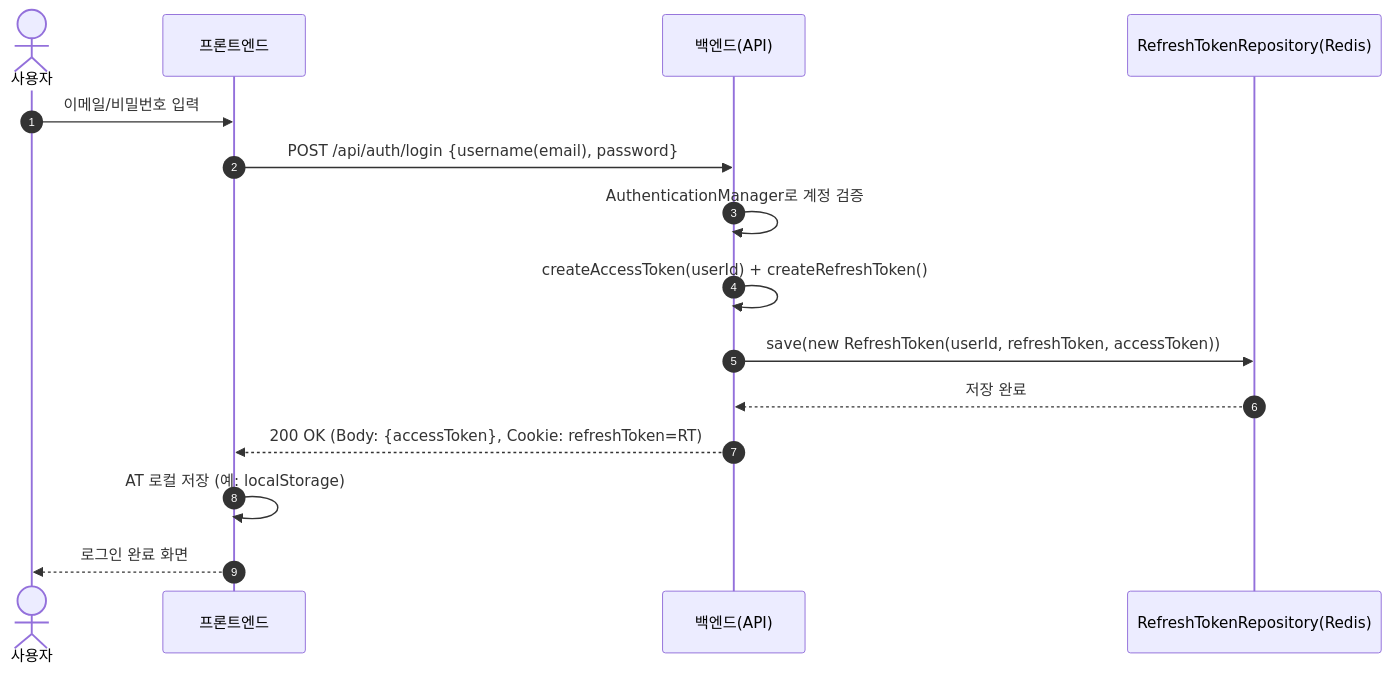
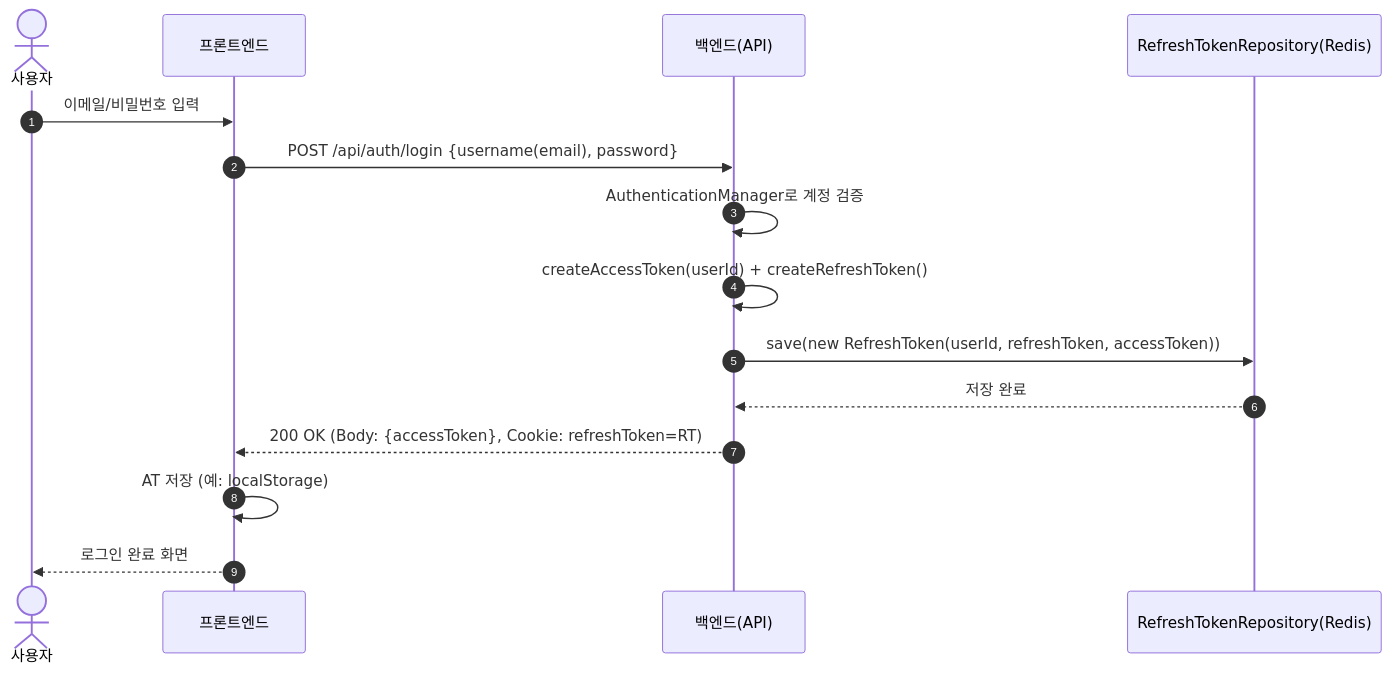
Before and after one commit to monancho/mindmate-docs12: the first of 2 diagrams in docs/member/auth-jwt.md, drawn with Mermaid. The commit also changed other lines of this file and 4 other files, not shown here.

````diff
--- a/docs/member/auth-jwt.md
+++ b/docs/member/auth-jwt.md
@@ -75,21 +92,21 @@
 ```mermaid
 sequenceDiagram
     autonumber
     actor User as 사용자
     participant FE as 프론트엔드
     participant BE as 백엔드(API)
     participant R as RefreshTokenRepository(Redis)
 
     User ->> FE: 이메일/비밀번호 입력
     FE ->> BE: POST /api/auth/login {username(email), password}
 
     BE ->> BE: AuthenticationManager로 계정 검증
     BE ->> BE: createAccessToken(userId) + createRefreshToken()
 
     BE ->> R: save(new RefreshToken(userId, refreshToken, accessToken))
     R -->> BE: 저장 완료
 
     BE -->> FE: 200 OK (Body: {accessToken}, Cookie: refreshToken=RT)
-    FE ->> FE: AT 로컬 저장 (예: localStorage)
+    FE ->> FE: AT 저장 (예: localStorage)
     FE -->> User: 로그인 완료 화면
 ```
````
